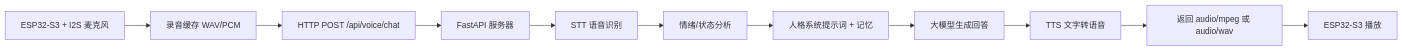
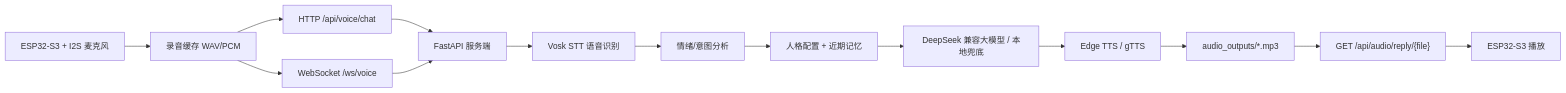
Before and after one commit to lookpotato/fwqyingluo2: the diagram in ESP32_S3_VOICE_ROBOT_ARCHITECTURE.md, drawn with Mermaid. The commit also changed other lines of this file and 12 other files, not shown here.

````diff
--- a/ESP32_S3_VOICE_ROBOT_ARCHITECTURE.md
+++ b/ESP32_S3_VOICE_ROBOT_ARCHITECTURE.md
@@ -23,13 +24,16 @@
 ```mermaid
 flowchart LR
     A["ESP32-S3 + I2S 麦克风"] --> B["录音缓存 WAV/PCM"]
-    B --> C["HTTP POST /api/voice/chat"]
-    C --> D["FastAPI 服务器"]
-    D --> E["STT 语音识别"]
-    E --> F["情绪/状态分析"]
-    F --> G["人格系统提示词 + 记忆"]
-    G --> H["大模型生成回答"]
-    H --> I["TTS 文字转语音"]
-    I --> J["返回 audio/mpeg 或 audio/wav"]
-    J --> K["ESP32-S3 播放"]
+    B --> C1["HTTP /api/voice/chat"]
+    B --> C2["WebSocket /ws/voice"]
+    C1 --> D["FastAPI 服务端"]
+    C2 --> D
+    D --> E["Vosk STT 语音识别"]
+    E --> F["情绪/意图分析"]
+    F --> G["人格配置 + 近期记忆"]
+    G --> H["DeepSeek 兼容大模型 / 本地兜底"]
+    H --> I["Edge TTS / gTTS"]
+    I --> J["audio_outputs/*.mp3"]
+    J --> K["GET /api/audio/reply/{file}"]
+    K --> L["ESP32-S3 播放"]
 ```
````
